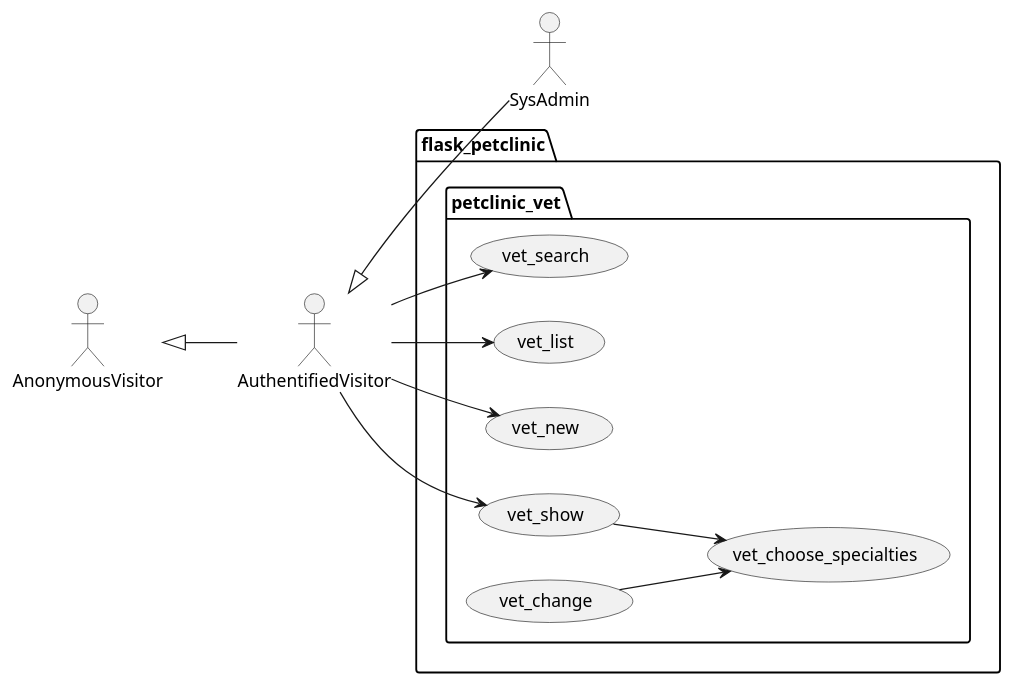
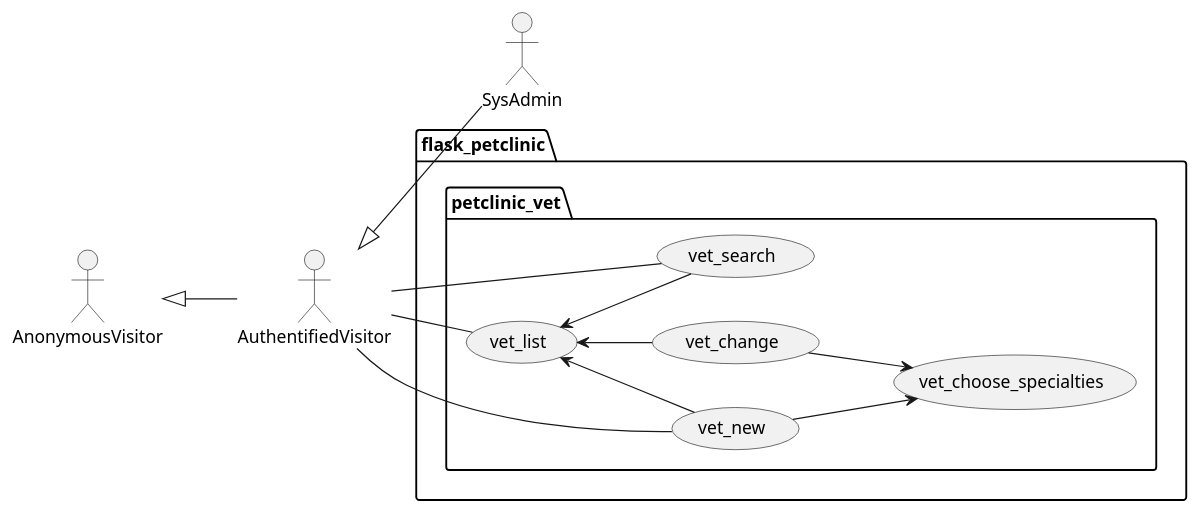
One commit to Jakarta-EE-Petclinic/petclinic_flask changed the diagram in project/petclinic_model/vet/vet.puml. Above: the diagram before and after it, drawn with PlantUML. The commit also changed 7 other files, not shown here.

```diff
--- a/project/petclinic_model/vet/vet.puml
+++ b/project/petclinic_model/vet/vet.puml
@@ -1,31 +1,34 @@
 @startuml
 left to right direction
 
 actor AnonymousVisitor as av
 actor AuthentifiedVisitor as au
 actor SysAdmin as sa
 
 av <|-- au
 au <|-- sa
 
 package flask_petclinic {
 
     package petclinic_vet {
 
         usecase vet_search as uc3000
         usecase vet_list as uc3001
         usecase vet_new as uc3002
-        usecase vet_show as uc3003
         usecase vet_change as uc3004
         usecase vet_choose_specialties as uc3005
 
-        au --> uc3000
-        au --> uc3001
-        au --> uc3002
-        au --> uc3003
-        uc3003 --> uc3005
+        au -- uc3000
+        au -- uc3001
+        au -- uc3002
+
+        uc3001 <-- uc3000
+        uc3001 <-- uc3002
+        uc3001 <-- uc3004
         uc3004 --> uc3005
+        uc3002 --> uc3005
+
     }
 
 }
 @enduml
```
